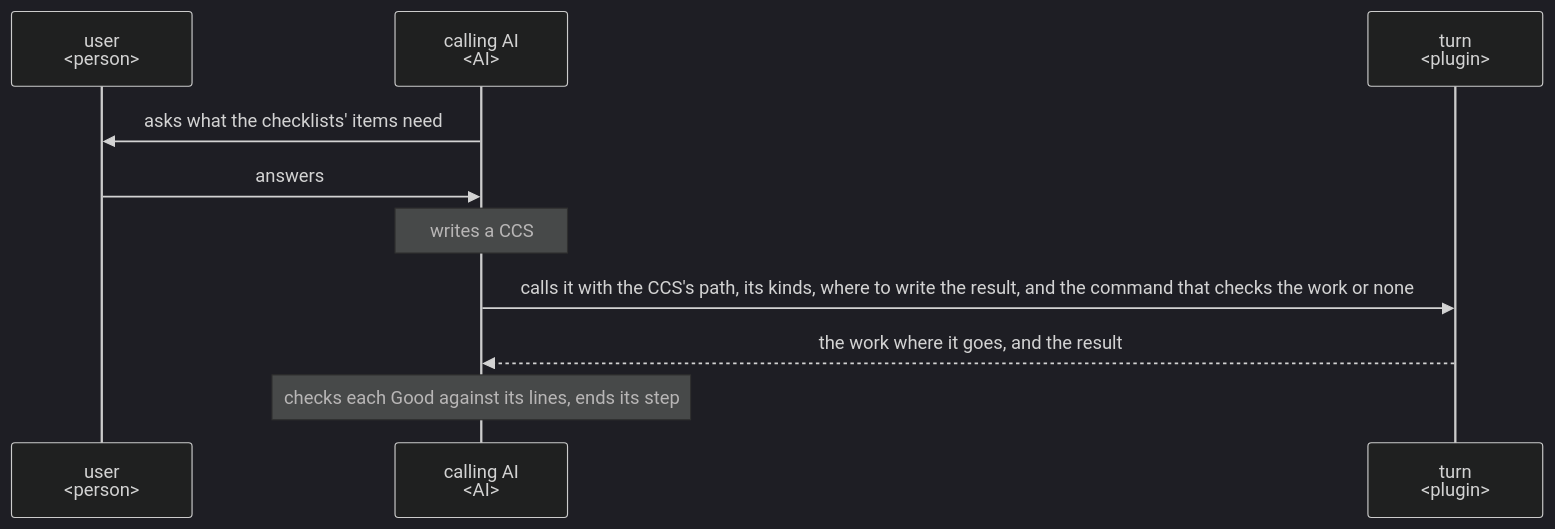
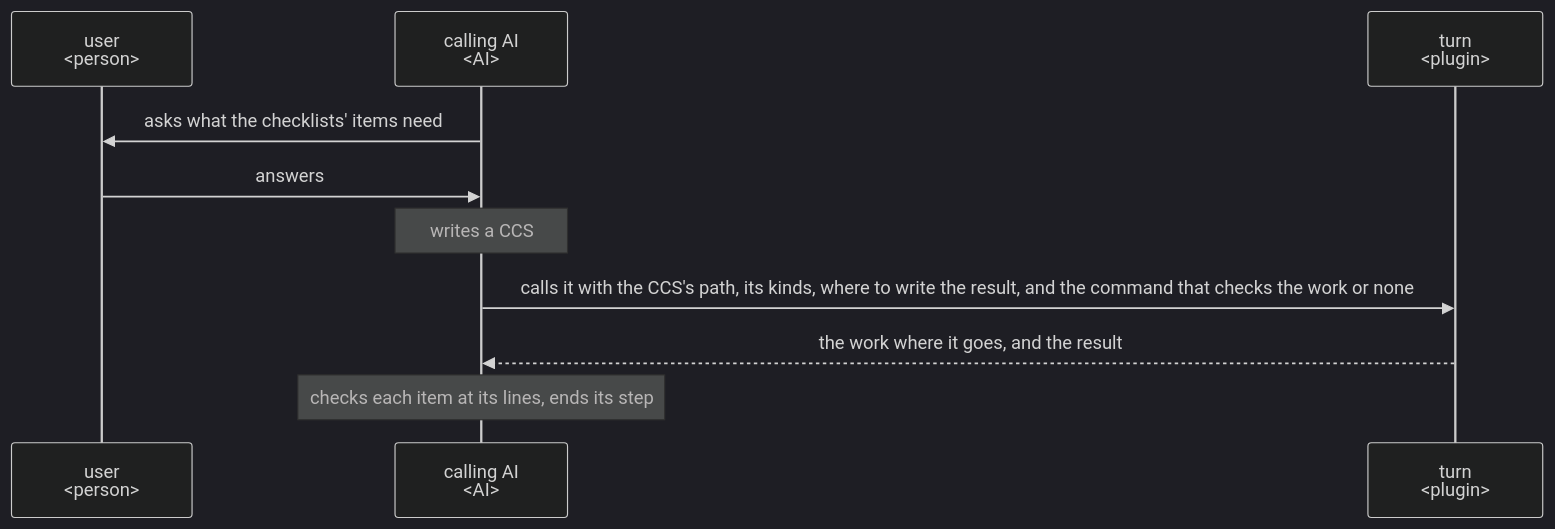
One commit to lovaizu/ccpm changed the first of 4 diagrams in dev/turn/ux.md. Above: the diagram before and after it, drawn with Mermaid (dark theme). The commit also changed other lines of this file and 36 other files, not shown here.

First line of the commit message:
turn's roles give each item by its lines alone, and the first user each item without Good by what the receiver would need, as words no one read cost every round and the gap, the maker's answer and the two holding it set them arguing over faults

````diff
--- a/dev/turn/ux.md
+++ b/dev/turn/ux.md
@@ -45,12 +45,12 @@
 ```mermaid
 sequenceDiagram
   participant U as user<br/>#lt;person#gt;
   participant C as calling AI<br/>#lt;AI#gt;
   participant T as turn<br/>#lt;plugin#gt;
   C->>U: asks what the checklists' items need
   U->>C: answers
   Note over C: writes a CCS
   C->>T: calls it with the CCS's path, its kinds, where to write the result, and the command that checks the work or none
   T-->>C: the work where it goes, and the result
-  Note over C: checks each Good against its lines, ends its step
+  Note over C: checks each item at its lines, ends its step
 ```
````
